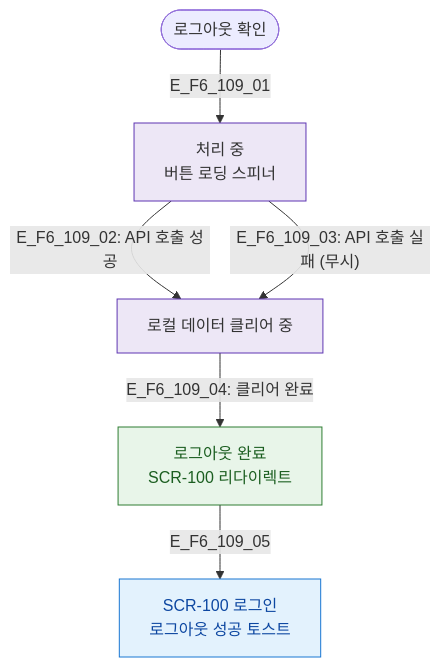
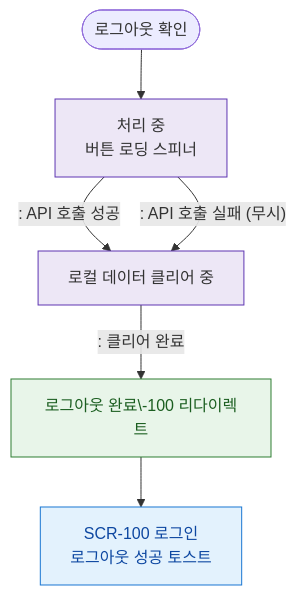
One commit to dev-spogym/admin-pando changed the diagram in docs/다이어그램/D01_공통/SCR-109_로그아웃/F6_상태별.md. Above: the diagram before and after it, drawn with Mermaid. The commit also changed other lines of this file and 1660 other files, not shown here.

First line of the commit message:
다이어그램: 기획자/클라이언트 납품본으로 정리

````diff
--- a/docs/다이어그램/D01_공통/SCR-109_로그아웃/F6_상태별.md
+++ b/docs/다이어그램/D01_공통/SCR-109_로그아웃/F6_상태별.md
@@ -19,18 +17,18 @@
 ```mermaid
 flowchart TD
-    CONFIRM([로그아웃 확인]) -->|E_F6_109_01| STATE_PROCESSING[처리 중\n버튼 로딩 스피너]
+    CONFIRM([로그아웃 확인]) --> STATE_PROCESSING[처리 중\n버튼 로딩 스피너]
 
-    STATE_PROCESSING -->|"E_F6_109_02: API 호출 성공"| STATE_CLEARING[로컬 데이터 클리어 중]
-    STATE_PROCESSING -->|"E_F6_109_03: API 호출 실패 (무시)"| STATE_CLEARING
+    STATE_PROCESSING -->|": API 호출 성공"|STATE_CLEARING[로컬 데이터 클리어 중]
+    STATE_PROCESSING -->|": API 호출 실패 (무시)"|STATE_CLEARING
 
-    STATE_CLEARING -->|"E_F6_109_04: 클리어 완료"| STATE_DONE[로그아웃 완료\nSCR-100 리다이렉트]
+    STATE_CLEARING -->|": 클리어 완료"|STATE_DONE[로그아웃 완료\-100 리다이렉트]
 
-    STATE_DONE -->|E_F6_109_05| SCR_100[SCR-100 로그인\n로그아웃 성공 토스트]
+    STATE_DONE --> SCR_100[SCR-100 로그인\n로그아웃 성공 토스트]
 
-    classDef screen  fill:#E3F2FD,stroke:#1976D2,color:#0D47A1
-    classDef system  fill:#EDE7F6,stroke:#5E35B2
+    classDef screen fill:#E3F2FD,stroke:#1976D2,color:#0D47A1
+    classDef system fill:#EDE7F6,stroke:#5E35B2
     classDef success fill:#E8F5E9,stroke:#2E7D32,color:#1B5E20
     class SCR_100 screen
     class STATE_PROCESSING,STATE_CLEARING system
     class STATE_DONE success
 ```
````
